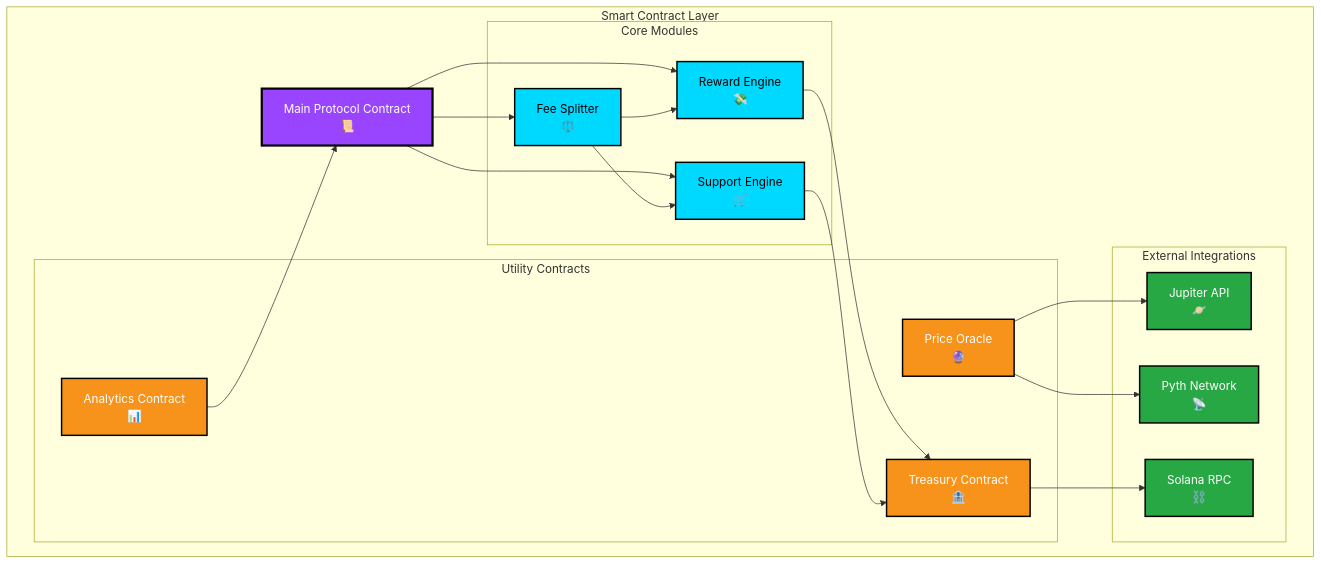
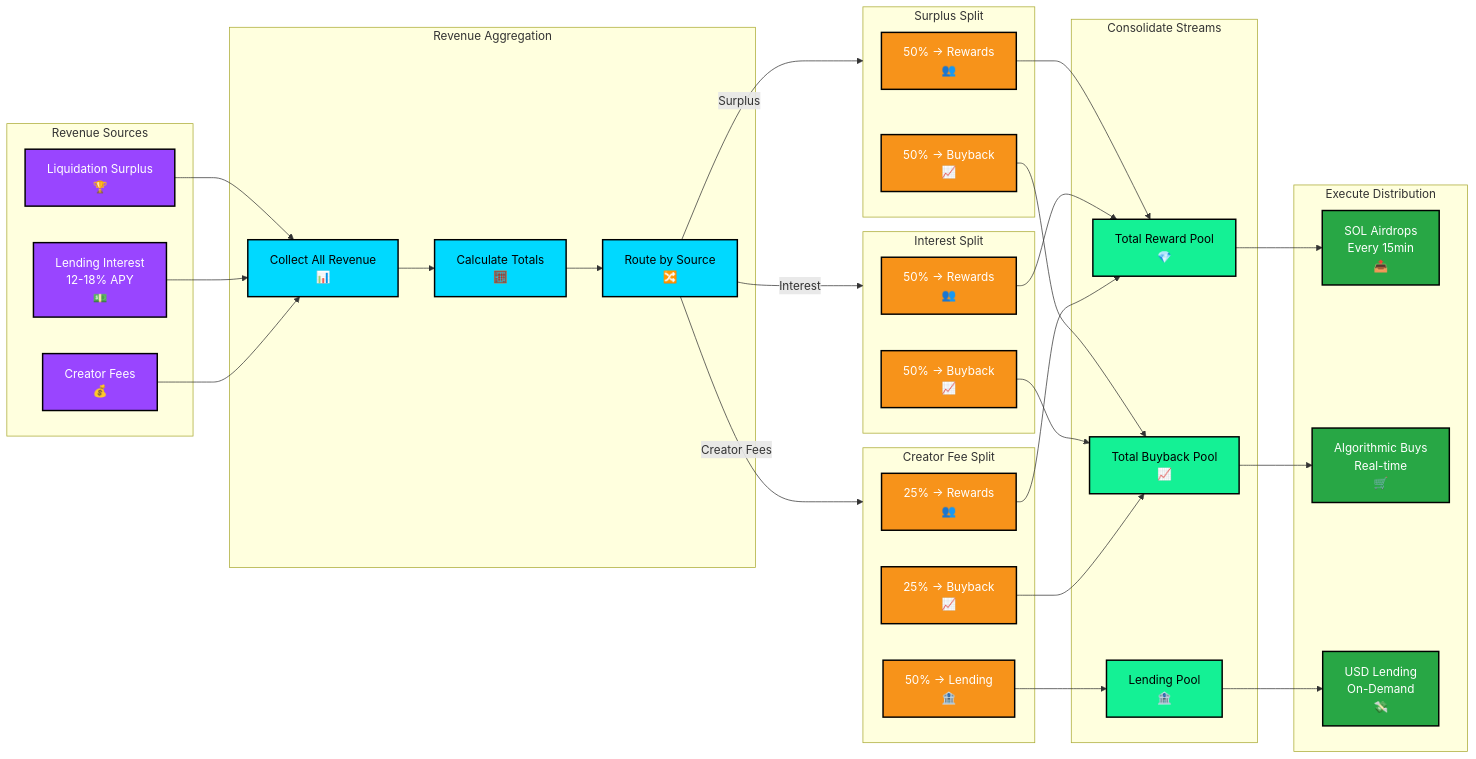
Before and after one commit to Exen-Protocol/Exen-Protocol: the sixth of 7 diagrams in Exen_diagram_mapping.md, drawn with Mermaid. The commit also changed other lines of this file, not shown here.

````diff
--- a/Exen_diagram_mapping.md
+++ b/Exen_diagram_mapping.md
@@ -536,52 +402,79 @@
 ```mermaid
-graph TB
-    subgraph "Smart Contract Layer"
-        Main[Main Protocol Contract<br/>📜]
-        
-        subgraph "Core Modules"
-            FeeSplitter[Fee Splitter<br/>⚖️]
-            RewardEngine[Reward Engine<br/>💸]
-            SupportEngine[Support Engine<br/>🛒]
-        end
-        
-        subgraph "Utility Contracts"
-            Oracle[Price Oracle<br/>🔮]
-            Analytics[Analytics Contract<br/>📊]
-            Treasury[Treasury Contract<br/>🏦]
-        end
-        
-        subgraph "External Integrations"
-            Jupiter[Jupiter API<br/>🪐]
-            Pyth[Pyth Network<br/>📡]
-            Solana[Solana RPC<br/>⛓️]
-        end
+flowchart LR
+    subgraph Sources["Revenue Sources"]
+        R1[Creator Fees<br/>💰]
+        R2[Lending Interest<br/>12-18% APY<br/>💵]
+        R3[Liquidation Surplus<br/>🏆]
     end
     
-    %% Main contract connections
-    Main --> FeeSplitter
-    Main --> RewardEngine
-    Main --> SupportEngine
+    subgraph Aggregation["Revenue Aggregation"]
+        AG1[Collect All Revenue<br/>📊]
+        AG2[Calculate Totals<br/>🧮]
+        AG3[Route by Source<br/>🔀]
+    end
     
-    %% Module connections
-    FeeSplitter --> RewardEngine
-    FeeSplitter --> SupportEngine
-    RewardEngine --> Treasury
-    SupportEngine --> Treasury
+    subgraph Split1["Creator Fee Split"]
+        S1[25% → Rewards<br/>👥]
+        S2[25% → Buyback<br/>📈]
+        S3[50% → Lending<br/>🏦]
+    end
     
-    %% External connections
-    Oracle --> Pyth
-    Oracle --> Jupiter
-    Analytics --> Main
-    Treasury --> Solana
+    subgraph Split2["Interest Split"]
+        I1[50% → Rewards<br/>👥]
+        I2[50% → Buyback<br/>📈]
+    end
     
-    %% Styling
-    classDef main fill:#9945FF,stroke:#000,stroke-width:3px,color:#fff
-    classDef core fill:#00D9FF,stroke:#000,stroke-width:2px,color:#000
-    classDef utility fill:#F7931A,stroke:#000,stroke-width:2px,color:#fff
-    classDef external fill:#28a745,stroke:#000,stroke-width:2px,color:#fff
+    subgraph Split3["Surplus Split"]
+        L1[50% → Rewards<br/>👥]
+        L2[50% → Buyback<br/>📈]
+    end
     
-    class Main main
-    class FeeSplitter,RewardEngine,SupportEngine core
-    class Oracle,Analytics,Treasury utility
-    class Jupiter,Pyth,Solana external
+    subgraph Consolidation["Consolidate Streams"]
+        C1[Total Reward Pool<br/>💎]
+        C2[Total Buyback Pool<br/>📈]
+        C3[Lending Pool<br/>🏦]
+    end
+    
+    subgraph Execution["Execute Distribution"]
+        E1[SOL Airdrops<br/>Every 15min<br/>📤]
+        E2[Algorithmic Buys<br/>Real-time<br/>🛒]
+        E3[USD Lending<br/>On-Demand<br/>💸]
+    end
+    
+    R1 --> AG1
+    R2 --> AG1
+    R3 --> AG1
+    
+    AG1 --> AG2
+    AG2 --> AG3
+    
+    AG3 -->|Creator Fees| Split1
+    AG3 -->|Interest| Split2
+    AG3 -->|Surplus| Split3
+    
+    S1 --> C1
+    S2 --> C2
+    S3 --> C3
+    
+    I1 --> C1
+    I2 --> C2
+    
+    L1 --> C1
+    L2 --> C2
+    
+    C1 --> E1
+    C2 --> E2
+    C3 --> E3
+    
+    classDef source fill:#9945FF,stroke:#000,stroke-width:2px,color:#fff
+    classDef process fill:#00D9FF,stroke:#000,stroke-width:2px,color:#000
+    classDef split fill:#F7931A,stroke:#000,stroke-width:2px,color:#fff
+    classDef consolidate fill:#14F195,stroke:#000,stroke-width:2px,color:#000
+    classDef execute fill:#28a745,stroke:#000,stroke-width:2px,color:#fff
+    
+    class R1,R2,R3 source
+    class AG1,AG2,AG3 process
+    class S1,S2,S3,I1,I2,L1,L2 split
+    class C1,C2,C3 consolidate
+    class E1,E2,E3 execute
 ```
````
